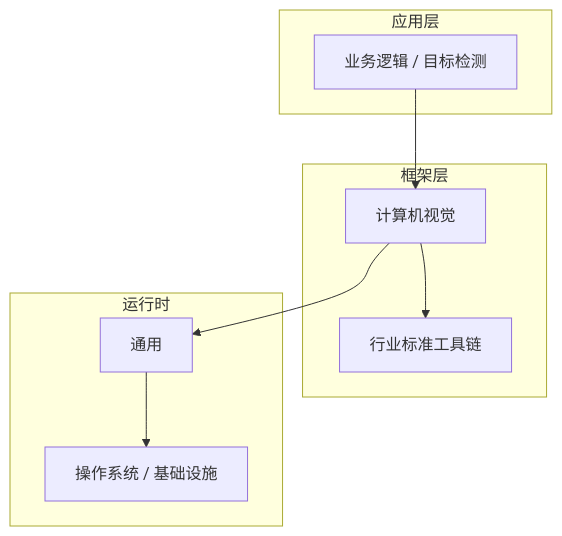
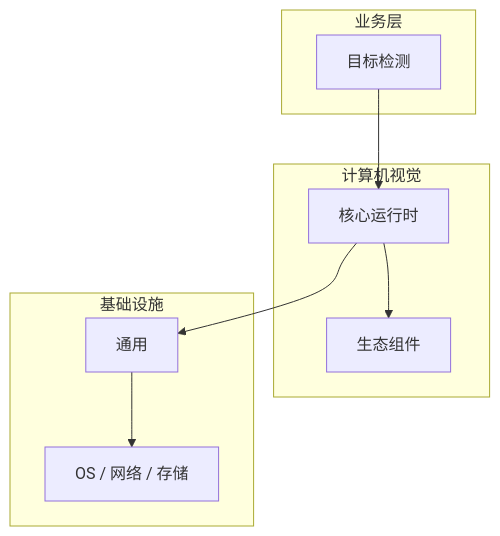
Before and after one commit to yanggan2015/knowledge-json-v2: the diagram in articles/计算机视觉/chapters/046-目标检测核心概念与原理.md, drawn with Mermaid. The commit also changed other lines of this file and 10127 other files, not shown here.

````diff
--- a/articles/计算机视觉/chapters/046-目标检测核心概念与原理.md
+++ b/articles/计算机视觉/chapters/046-目标检测核心概念与原理.md
@@ -45,18 +30,18 @@
 ```mermaid
 graph TB
-    subgraph 应用层
-        A[业务逻辑 / 目标检测]
+    subgraph 业务层
+        A[目标检测]
     end
-    subgraph 框架层
-        B[计算机视觉]
-        C[行业标准工具链]
+    subgraph 计算机视觉
+        B[核心运行时]
+        C[生态组件]
     end
-    subgraph 运行时
+    subgraph 基础设施
         D[通用]
-        E[操作系统 / 基础设施]
+        E[OS / 网络 / 存储]
     end
     A --> B
     B --> C
     B --> D
     D --> E
 ```
````
